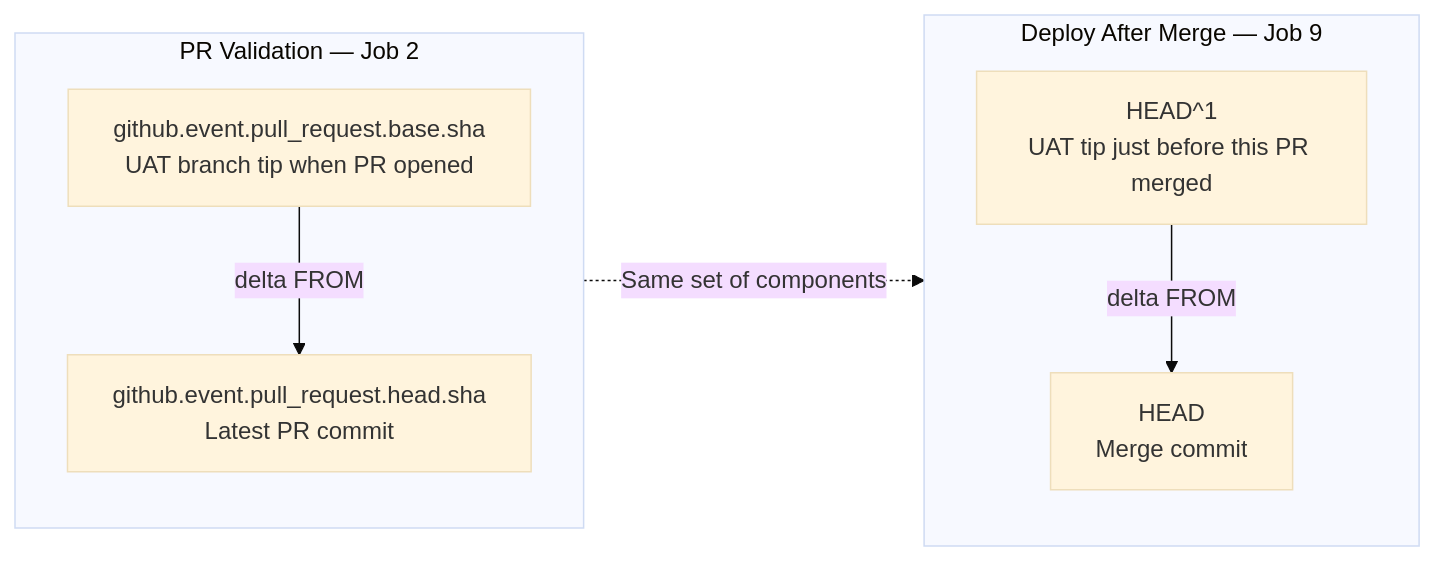
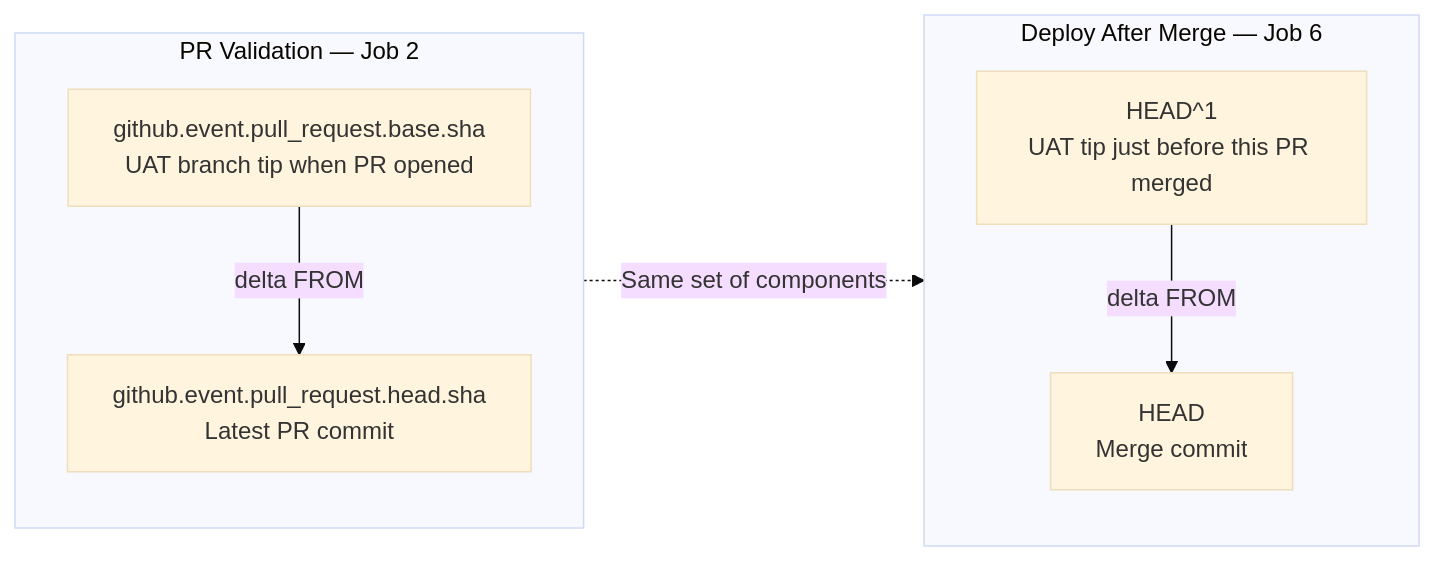
The fourth of 4 diagrams in docs/pipeline-flow.md (mukeshranadeloitte/crt_repo), drawn with Mermaid (base theme) before and after one commit. The commit also changed other lines of this file and 7 other files, not shown here.

````diff
--- a/docs/pipeline-flow.md
+++ b/docs/pipeline-flow.md
@@ -179,12 +141,12 @@
 ```mermaid
 flowchart LR
     subgraph Validation["PR Validation — Job 2"]
         BASE["github.event.pull_request.base.sha\nUAT branch tip when PR opened"] -->|"delta FROM"| HEAD1["github.event.pull_request.head.sha\nLatest PR commit"]
     end
 
-    subgraph Deploy["Deploy After Merge — Job 9"]
+    subgraph Deploy["Deploy After Merge — Job 6"]
         PARENT["HEAD^1\nUAT tip just before this PR merged"] -->|"delta FROM"| MERGED["HEAD\nMerge commit"]
     end
 
     Validation -.->|"Same set of components"| Deploy
 ```
````
